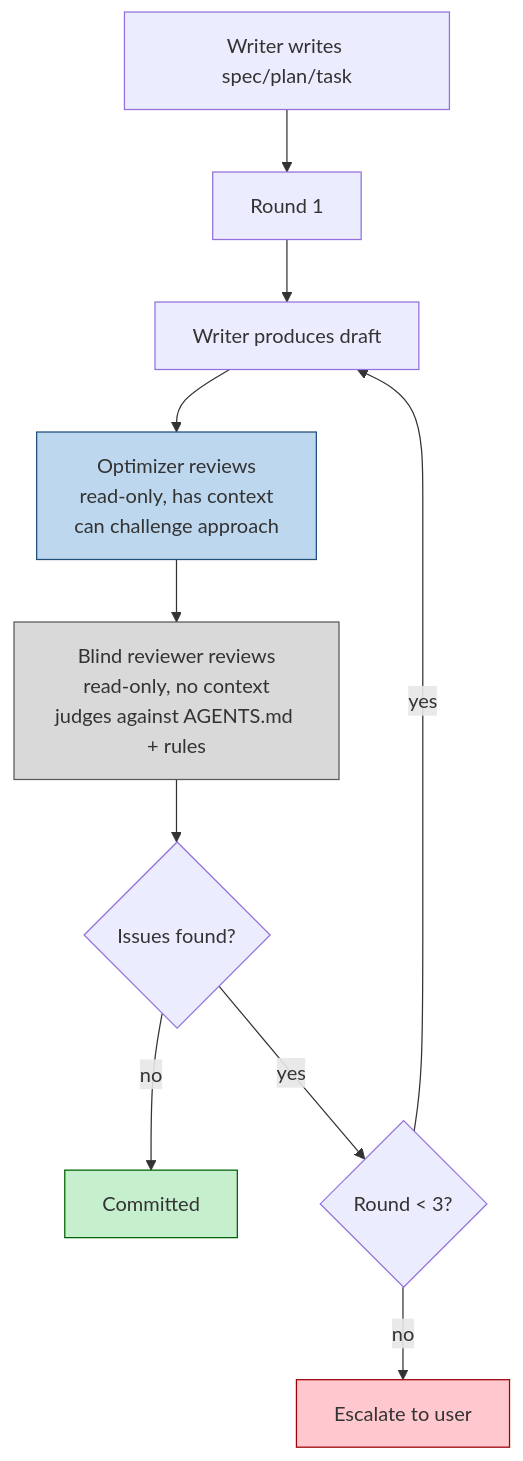
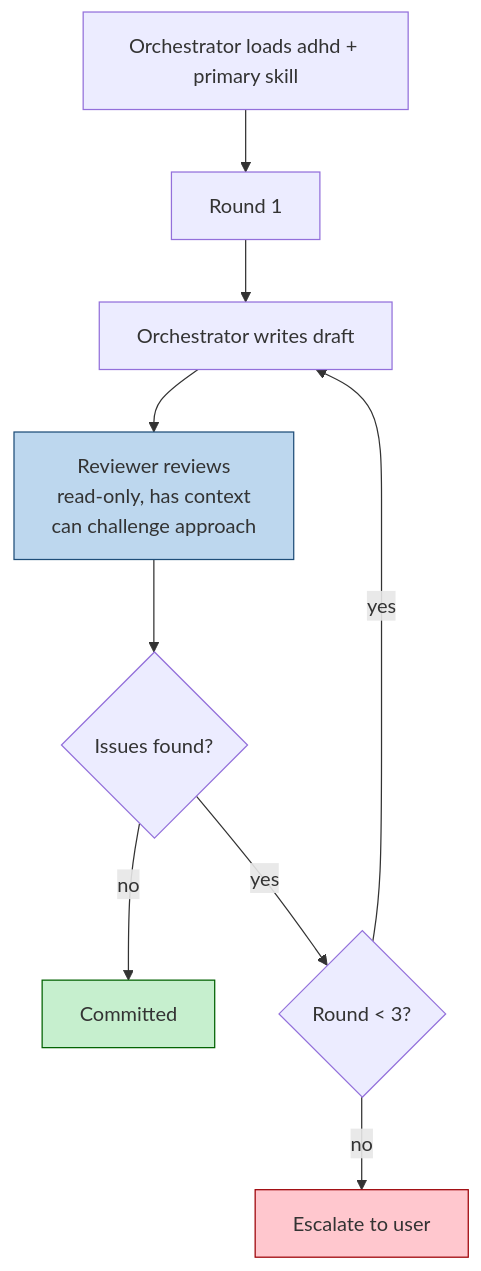
Before and after one commit to bperin/project-context: the second of 4 diagrams in src/workflows/overview.md, drawn with Mermaid. The commit also changed other lines of this file and 20 other files, not shown here.

First line of the commit message:
Remove blind-reviewer role from all workflows

````diff
--- a/src/workflows/overview.md
+++ b/src/workflows/overview.md
@@ -37,17 +37,15 @@
 ```mermaid
 flowchart TD
-    START["Writer writes spec/plan/task"] --> R1["Round 1"]
-    R1 --> WRITER["Writer produces draft"]
-    WRITER --> OPT["Optimizer reviews<br/>read-only, has context<br/>can challenge approach"]
-    OPT --> BLIND["Blind reviewer reviews<br/>read-only, no context<br/>judges against AGENTS.md + rules"]
-    BLIND --> CHECK{"Issues found?"}
+    START["Orchestrator loads adhd + primary skill"] --> R1["Round 1"]
+    R1 --> WRITER["Orchestrator writes draft"]
+    WRITER --> OPT["Reviewer reviews<br/>read-only, has context<br/>can challenge approach"]
+    OPT --> CHECK{"Issues found?"}
     CHECK -->|no| DONE["Committed"]
     CHECK -->|yes| ROUND{"Round < 3?"}
     ROUND -->|yes| WRITER
     ROUND -->|no| ESCALATE["Escalate to user"]
 
     style DONE fill:#C6EFCE,stroke:#006100
     style ESCALATE fill:#FFC7CE,stroke:#9C0006
     style OPT fill:#BDD7EE,stroke:#1F4E79
-    style BLIND fill:#D9D9D9,stroke:#595959
 ```
````
